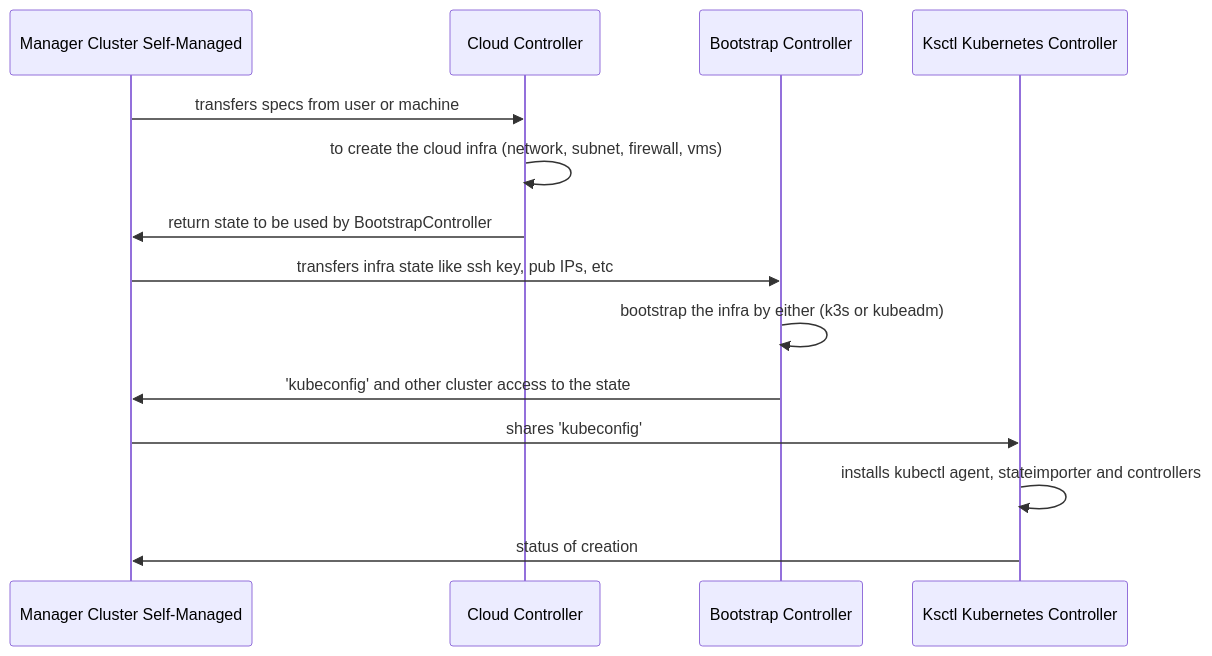
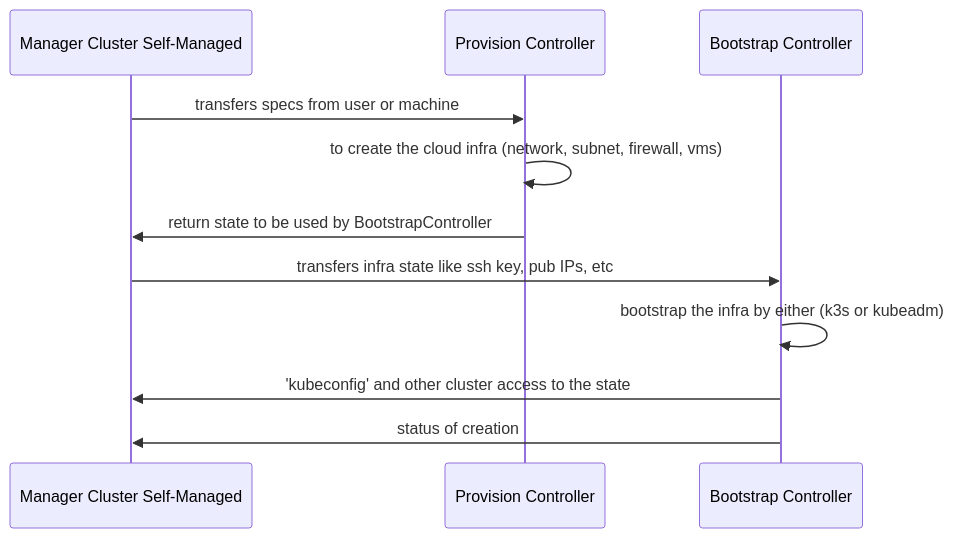
Before and after one commit to ksctl/docs: the second of 2 diagrams in content/en/docs/Concepts/_index.md, drawn with Mermaid. The commit also changed other lines of this file, not shown here.

````diff
--- a/content/en/docs/Concepts/_index.md
+++ b/content/en/docs/Concepts/_index.md
@@ -32,16 +29,13 @@
 ```mermaid
 sequenceDiagram
     participant csm as Manager Cluster Self-Managed
-    participant cc as Cloud Controller
+    participant cc as Provision Controller
     participant bc as Bootstrap Controller
-    participant kc as Ksctl Kubernetes Controller
     csm->>cc: transfers specs from user or machine
     cc->>cc: to create the cloud infra (network, subnet, firewall, vms)
     cc->>csm: return state to be used by BootstrapController
     csm->>bc: transfers infra state like ssh key, pub IPs, etc
     bc->>bc: bootstrap the infra by either (k3s or kubeadm)
     bc->>csm: 'kubeconfig' and other cluster access to the state
-    csm->>kc: shares 'kubeconfig'
-    kc->>kc: installs kubectl agent, stateimporter and controllers
-    kc->>csm: status of creation
+    bc->>csm: status of creation
 ```
````
